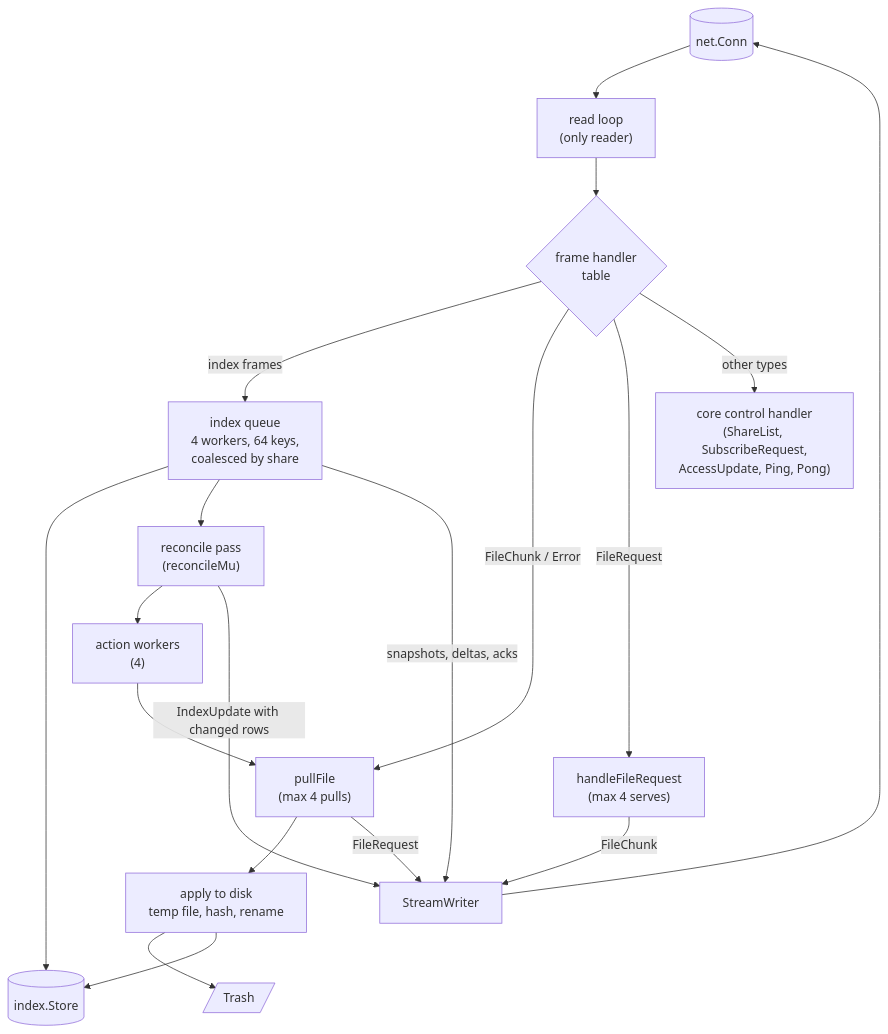
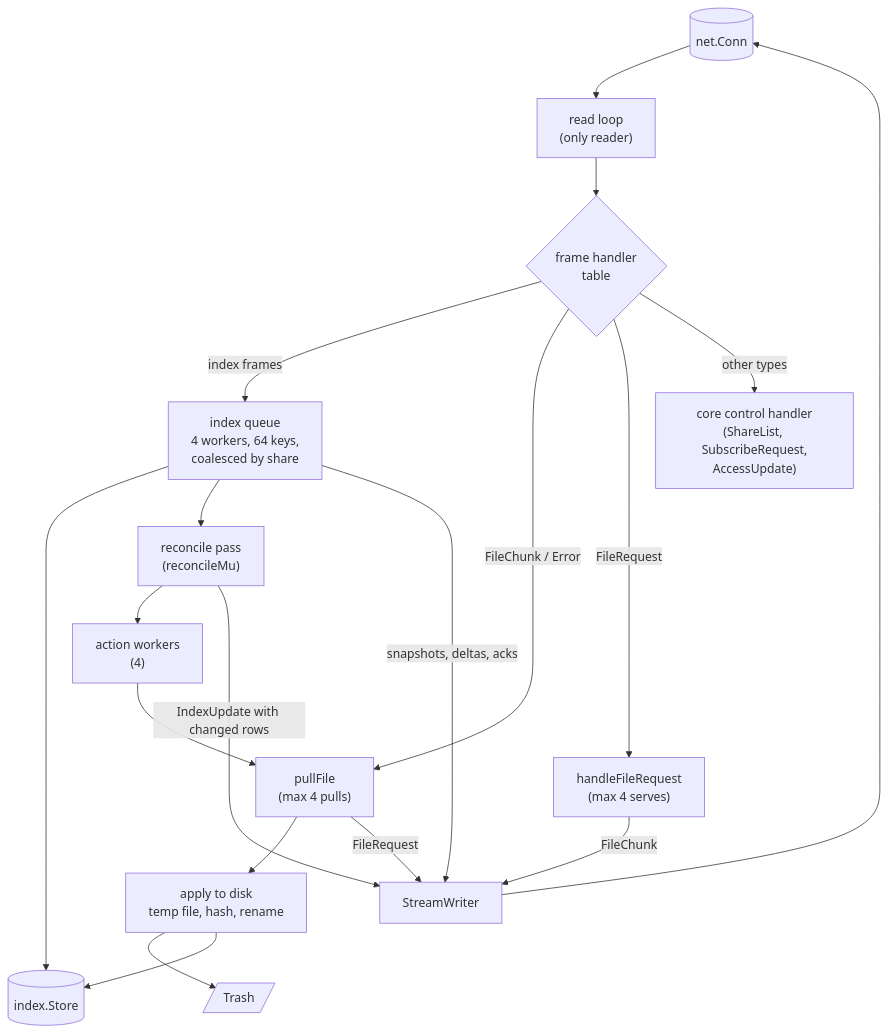
Before and after one commit to nickmarrone/syncat: the sixth of 14 diagrams in ARCHITECTURE.md, drawn with Mermaid. The commit also changed other lines of this file and 8 other files, not shown here.

````diff
--- a/ARCHITECTURE.md
+++ b/ARCHITECTURE.md
@@ -423,32 +426,32 @@
 ```mermaid
 flowchart TB
     conn[("net.Conn")]
     RL["read loop<br/>(only reader)"]
     DT{"frame handler<br/>table"}
-    CH["core control handler<br/>(ShareList, SubscribeRequest,<br/>AccessUpdate, Ping, Pong)"]
+    CH["core control handler<br/>(ShareList, SubscribeRequest,<br/>AccessUpdate)"]
     IQ["index queue<br/>4 workers, 64 keys,<br/>coalesced by share"]
     REC["reconcile pass<br/>(reconcileMu)"]
     AW["action workers<br/>(4)"]
     PULL["pullFile<br/>(max 4 pulls)"]
     SERVE["handleFileRequest<br/>(max 4 serves)"]
     APPLY["apply to disk<br/>temp file, hash, rename"]
     W["StreamWriter"]
     DB[("index.Store")]
     TR[/"Trash"/]
 
     conn --> RL --> DT
     DT -- "index frames" --> IQ
     DT -- "FileChunk / Error" --> PULL
     DT -- "FileRequest" --> SERVE
     DT -- "other types" --> CH
     IQ --> DB
     IQ --> REC --> AW
     AW --> PULL --> APPLY
     APPLY --> TR
     APPLY --> DB
     REC -- "IndexUpdate with changed rows" --> W
     IQ -- "snapshots, deltas, acks" --> W
     PULL -- "FileRequest" --> W
     SERVE -- "FileChunk" --> W
     W --> conn
 ```
````
